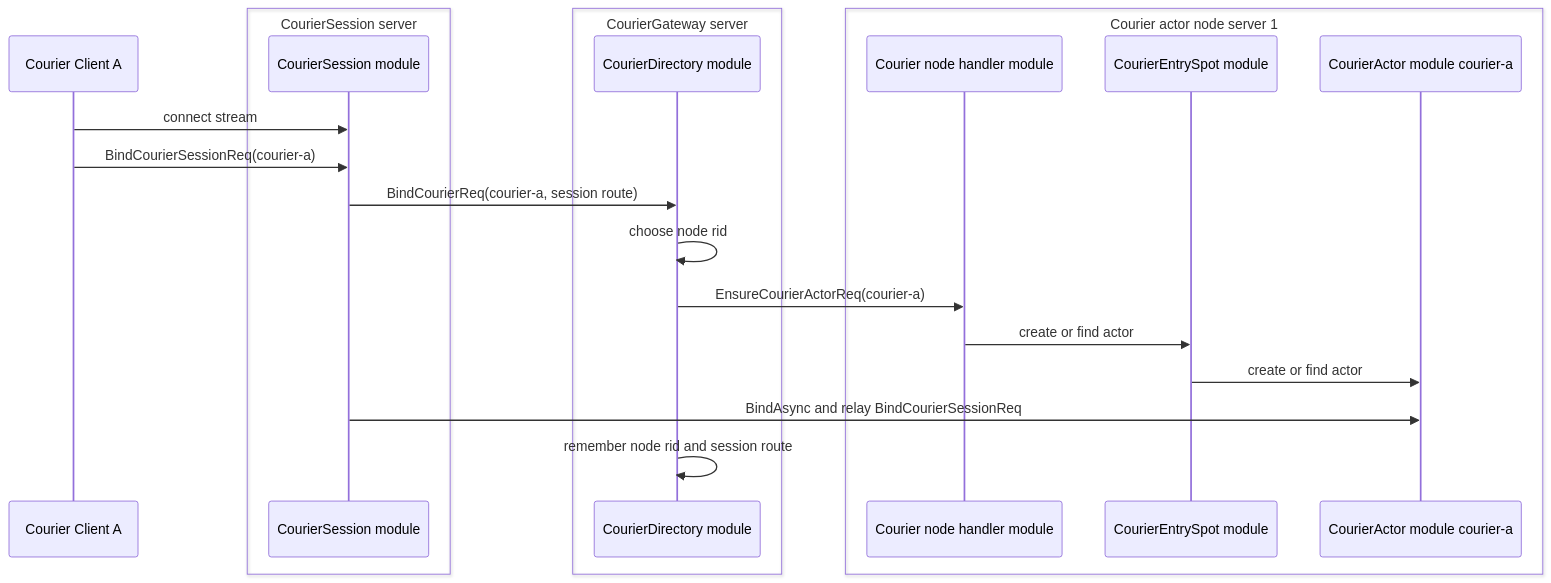
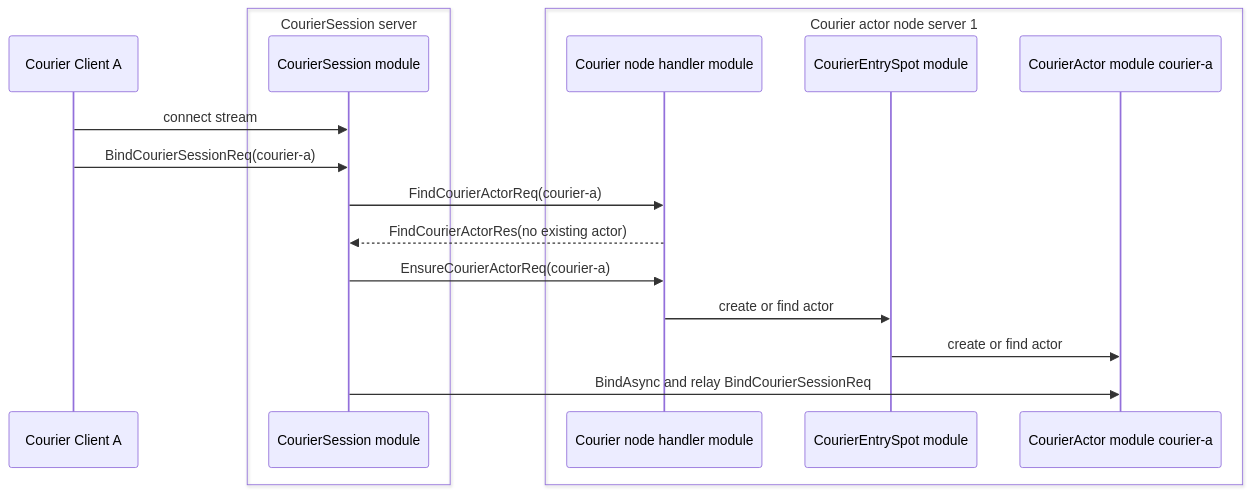
One commit to kairos-code-dev/zlink changed the third of 4 diagrams in framework/languages/dotnet/samples/DeliveryDispatch/README.ko.md. Above: the diagram before and after it, drawn with Mermaid. The commit also changed other lines of this file and 124 other files, not shown here.

````diff
--- a/framework/languages/dotnet/samples/DeliveryDispatch/README.ko.md
+++ b/framework/languages/dotnet/samples/DeliveryDispatch/README.ko.md
@@ -254,28 +247,23 @@
 ```mermaid
 sequenceDiagram
     participant CourierClient as Courier Client A
 
     box CourierSession server
         participant CourierSession as CourierSession module
-    end
-
-    box CourierGateway server
-        participant CourierDirectory as CourierDirectory module
     end
 
     box Courier actor node server 1
         participant CourierRoute as Courier node handler module
         participant CourierEntry as CourierEntrySpot module
         participant CourierActor as CourierActor module courier-a
     end
 
     CourierClient->>CourierSession: connect stream
     CourierClient->>CourierSession: BindCourierSessionReq(courier-a)
-    CourierSession->>CourierDirectory: BindCourierReq(courier-a, session route)
-    CourierDirectory->>CourierDirectory: choose node rid
-    CourierDirectory->>CourierRoute: EnsureCourierActorReq(courier-a)
+    CourierSession->>CourierRoute: FindCourierActorReq(courier-a)
+    CourierRoute-->>CourierSession: FindCourierActorRes(no existing actor)
+    CourierSession->>CourierRoute: EnsureCourierActorReq(courier-a)
     CourierRoute->>CourierEntry: create or find actor
     CourierEntry->>CourierActor: create or find actor
     CourierSession->>CourierActor: BindAsync and relay BindCourierSessionReq
-    CourierDirectory->>CourierDirectory: remember node rid and session route
 ```
````
